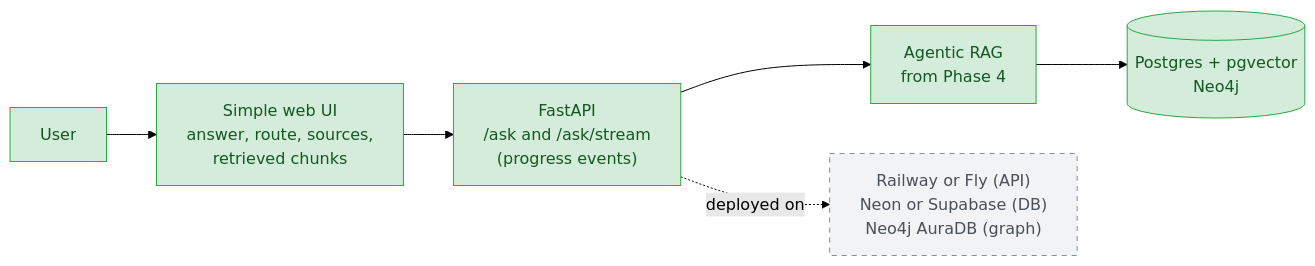
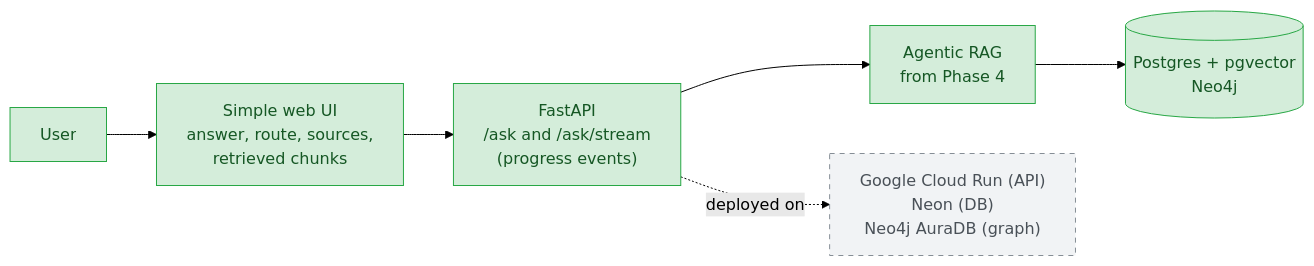
The eighth of 10 diagrams in README.md (madeleine68/Reportlens), drawn with Mermaid (forest theme) before and after one commit. The commit also changed other lines of this file and 10 other files, not shown here.

First line of the commit message:
Phase 5: deploy to Google Cloud Run; count the daily demo cap in Postgres

````diff
--- a/README.md
+++ b/README.md
@@ -357,13 +357,13 @@
 ```mermaid
 flowchart LR
     user["User"] --> ui["Simple web UI<br/>answer, route, sources,<br/>retrieved chunks"]
     ui --> api["FastAPI<br/>/ask and /ask/stream<br/>(progress events)"]
     api --> agent["Agentic RAG<br/>from Phase 4"]
     agent --> dbs[("Postgres + pgvector<br/>Neo4j")]
-    api -.->|"deployed on"| cloud["Railway or Fly (API)<br/>Neon or Supabase (DB)<br/>Neo4j AuraDB (graph)"]
+    api -.->|"deployed on"| cloud["Google Cloud Run (API)<br/>Neon (DB)<br/>Neo4j AuraDB (graph)"]
 
     classDef planned fill:#f1f3f5,stroke:#868e96,color:#495057,stroke-dasharray: 5 5
     classDef done fill:#d4edda,stroke:#28a745,color:#155724
     class user,ui,api,agent,dbs done
     class cloud planned
 ```
````
